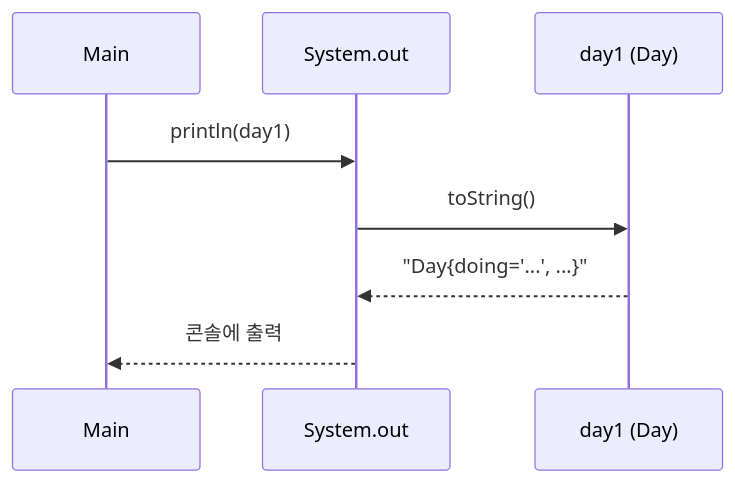
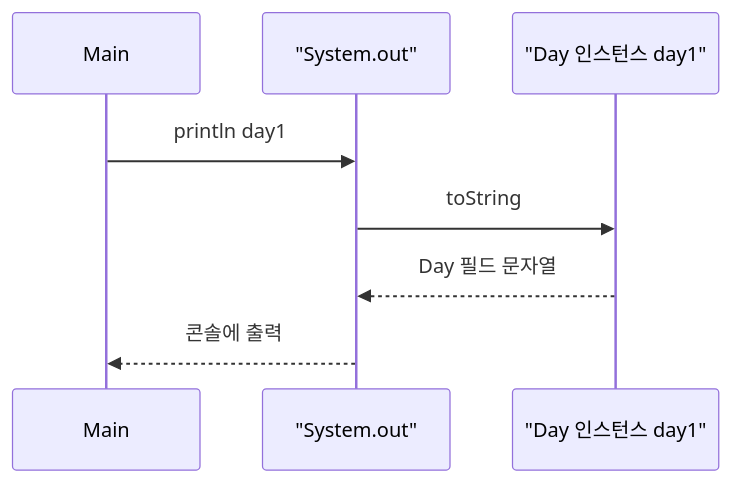
The second of 4 diagrams in day5-static/README.md (metaapple/kb7-java), drawn with Mermaid before and after one commit. The commit also changed other lines of this file, not shown here.

````diff
--- a/day5-static/README.md
+++ b/day5-static/README.md
@@ -248,11 +248,11 @@
 ```mermaid
 sequenceDiagram
     participant Main
-    participant PrintStream as System.out
-    participant DayObj as day1 (Day)
+    participant PS as "System.out"
+    participant DayObj as "Day 인스턴스 day1"
 
-    Main->>PrintStream: println(day1)
-    PrintStream->>DayObj: toString()
-    DayObj-->>PrintStream: "Day{doing='...', ...}"
-    PrintStream-->>Main: 콘솔에 출력
+    Main->>PS: println day1
+    PS->>DayObj: toString
+    DayObj-->>PS: Day 필드 문자열
+    PS-->>Main: 콘솔에 출력
 ```
````
